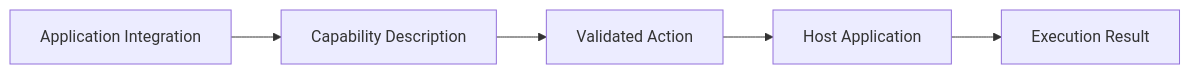
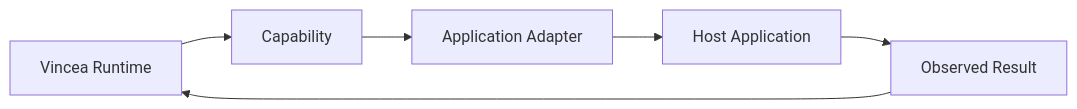
The diagram in docs/sdk/overview.md (Pelag-Michael/open-vincea), drawn with Mermaid before and after one commit. The commit also changed other lines of this file and 33 other files, not shown here.

````diff
--- a/docs/sdk/overview.md
+++ b/docs/sdk/overview.md
@@ -26,7 +20,8 @@
 ```mermaid
 flowchart LR
-    A[Application Integration] --> B[Capability Description]
-    B --> C[Validated Action]
-    C --> D[Host Application]
-    D --> E[Execution Result]
+    V[Vincea Runtime] --> C[Capability]
+    C --> A[Application Adapter]
+    A --> H[Host Application]
+    H --> R[Observed Result]
+    R --> V
 ```
````
